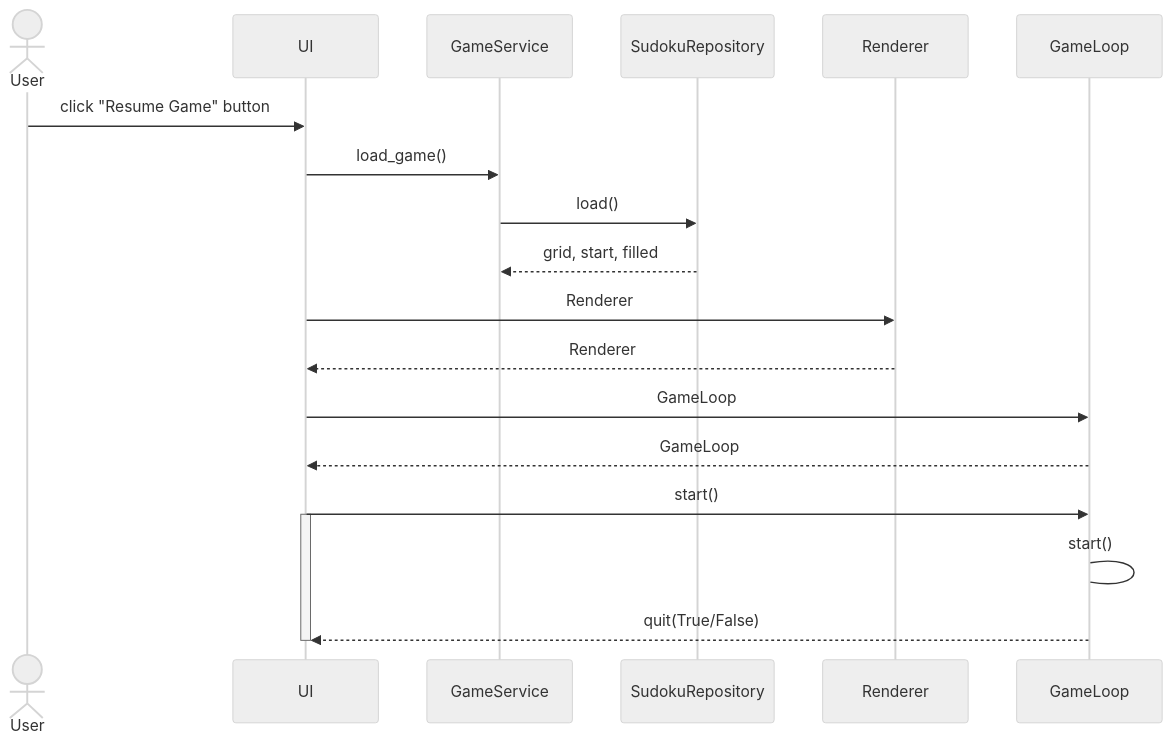
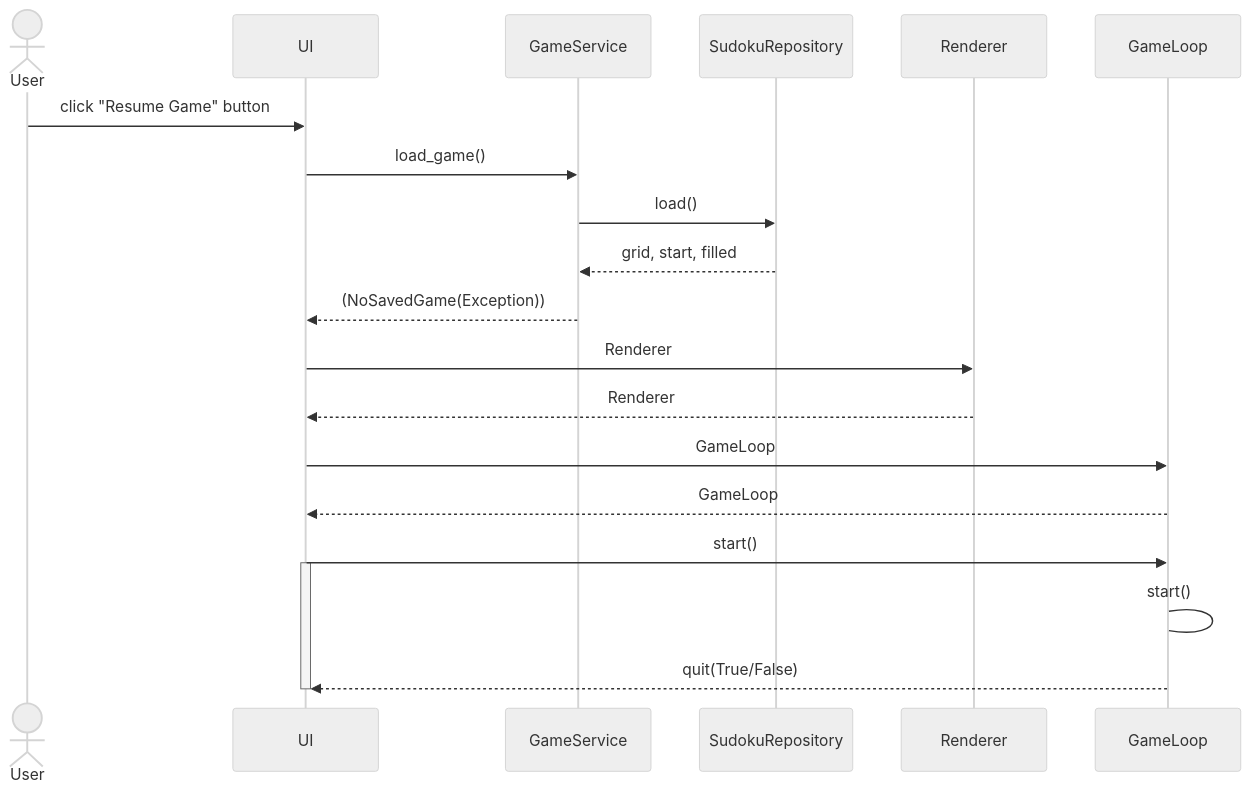
Before and after one commit to nikomakir/ot-harjoitustyo: the third of 3 diagrams in dokumentaatio/arkkitehtuuri.md, drawn with Mermaid (neutral theme). The commit also changed other lines of this file, not shown here.

````diff
--- a/dokumentaatio/arkkitehtuuri.md
+++ b/dokumentaatio/arkkitehtuuri.md
@@ -79,20 +88,19 @@
 ```mermaid
  sequenceDiagram
    actor User
    User->>UI: click "Resume Game" button
    UI->>GameService: load_game()
    GameService->>SudokuRepository: load()
    SudokuRepository-->>GameService: grid, start, filled
+   GameService-->>UI: (NoSavedGame(Exception))
    UI->>Renderer: Renderer
    Renderer-->>UI: Renderer
    UI->>GameLoop: GameLoop
    GameLoop-->>UI: GameLoop
    UI->>GameLoop: start()
    activate UI
    GameLoop->GameLoop: start()
    GameLoop-->>UI: quit(True/False)
    deactivate UI
-   
-   
-   
+     
 ```   
````
